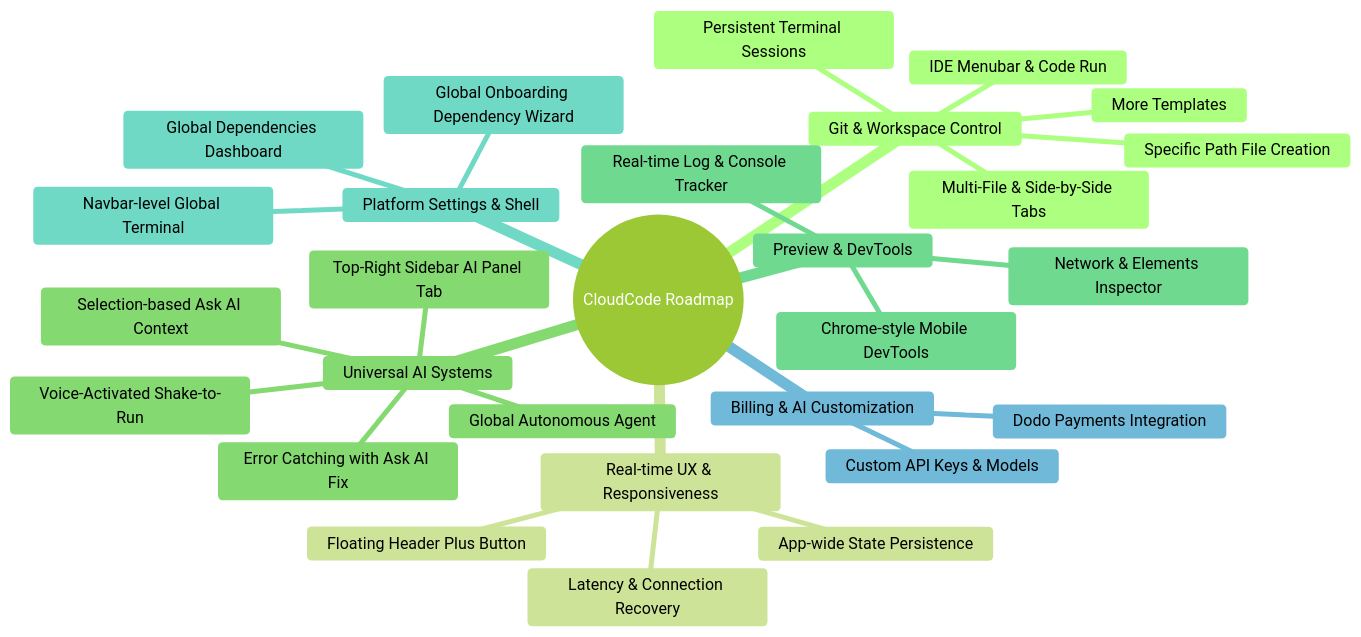
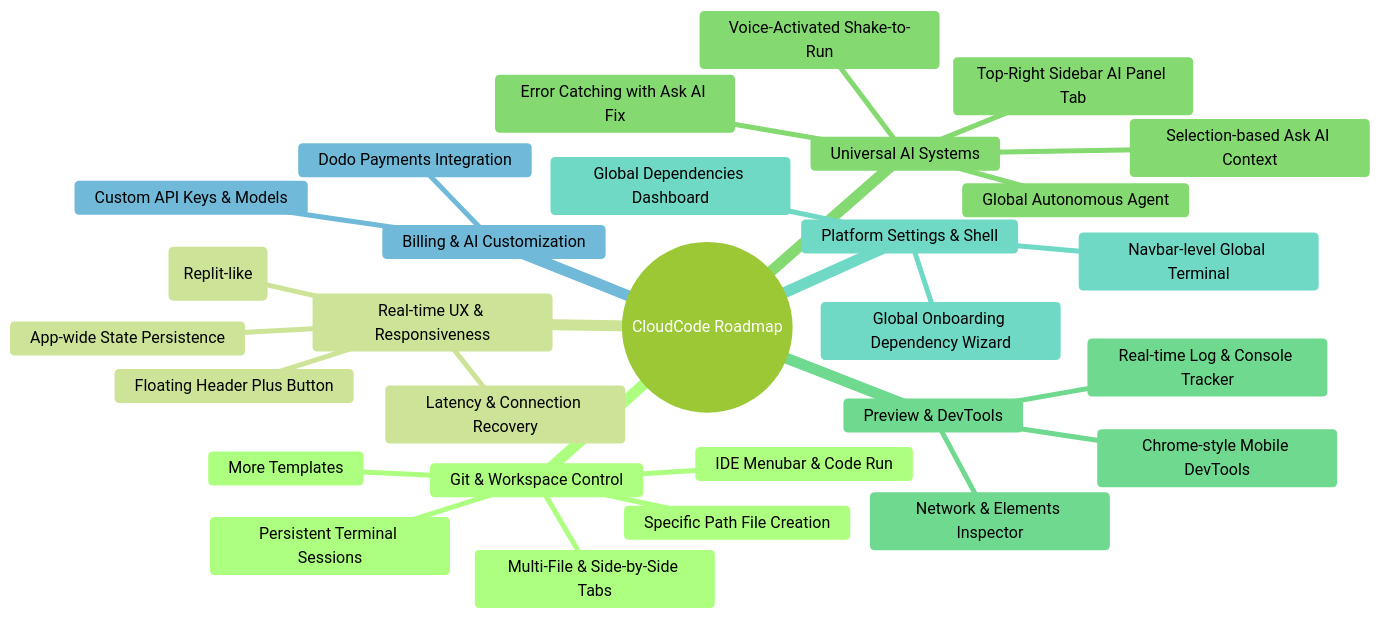
The first of 2 diagrams in upcoming_features.md (Charannsai/cloudcode), drawn with Mermaid (forest theme) before and after one commit. The commit also changed other lines of this file, not shown here.

Commit message:
feat: add design documentation for Replit-inspired glassmorphism UI redesign

````diff
--- a/upcoming_features.md
+++ b/upcoming_features.md
@@ -9,31 +9,32 @@
 ```mermaid
 mindmap
   root((CloudCode Roadmap))
     Git & Workspace Control
       Persistent Terminal Sessions
       Multi-File & Side-by-Side Tabs
       Specific Path File Creation
       More Templates
       IDE Menubar & Code Run
     Real-time UX & Responsiveness
       App-wide State Persistence
       Floating Header Plus Button
       Latency & Connection Recovery
+      Minimalist Glassmorphism (Replit-like)
     Universal AI Systems
       Global Autonomous Agent
       Selection-based Ask AI Context
       Top-Right Sidebar AI Panel Tab
       Error Catching with Ask AI Fix
       Voice-Activated Shake-to-Run
     Preview & DevTools
       Chrome-style Mobile DevTools
       Real-time Log & Console Tracker
       Network & Elements Inspector
     Platform Settings & Shell
       Global Onboarding Dependency Wizard
       Global Dependencies Dashboard
       Navbar-level Global Terminal
     Billing & AI Customization
       Dodo Payments Integration
       Custom API Keys & Models
 ```
````
